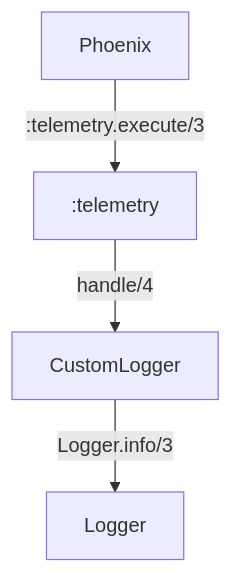
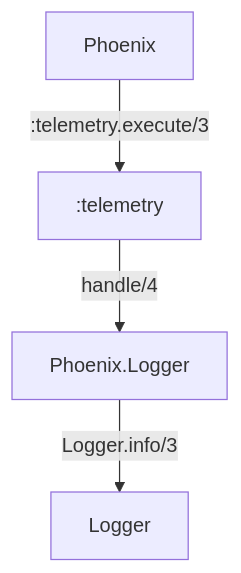
Before and after one commit to bamorim/presentations: the second of 6 diagrams in 2022-elixir-conf-eu/diagrams.md, drawn with Mermaid. The commit also changed other lines of this file and 7 other files, not shown here.

````diff
--- a/2022-elixir-conf-eu/diagrams.md
+++ b/2022-elixir-conf-eu/diagrams.md
@@ -10,6 +10,6 @@
 ```mermaid
 graph TB
   P[Phoenix] --> |:telemetry.execute/3| T[:telemetry]
-  T --> |handle/4| CL[CustomLogger]
-  CL --> |Logger.info/3| Logger
+  T --> |handle/4| PL[Phoenix.Logger]
+  PL --> |Logger.info/3| Logger
 ```
````
